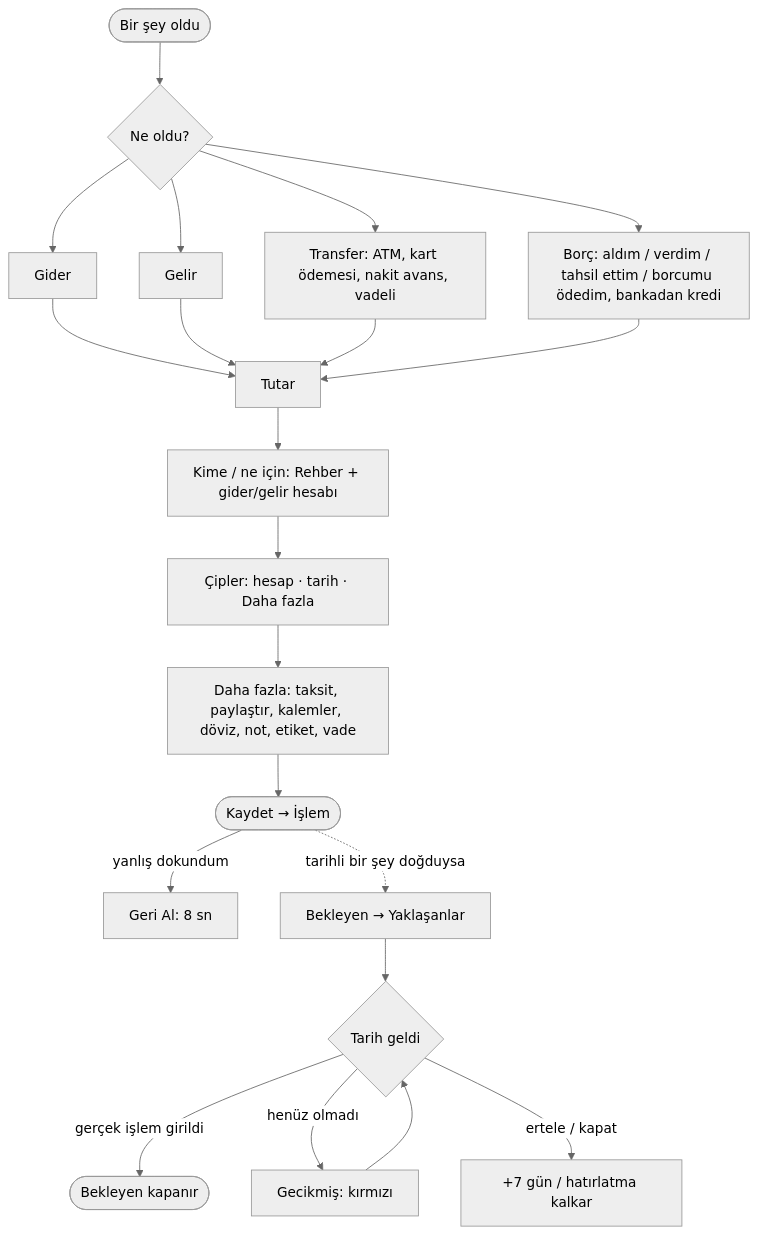
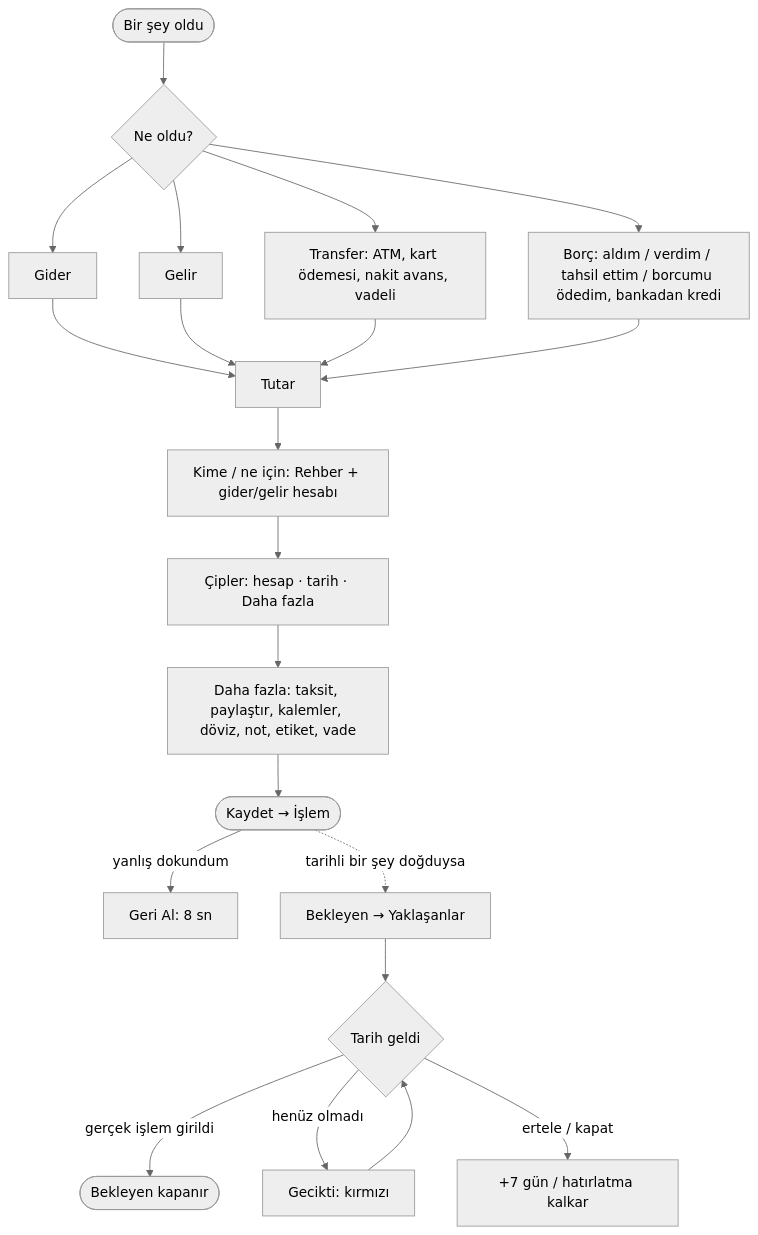
One commit to akderelianil/aa-finance changed the diagram in docs/ux/harita.md. Above: the diagram before and after it, drawn with Mermaid (neutral theme). The commit also changed other lines of this file and 7 other files, not shown here.

````diff
--- a/docs/ux/harita.md
+++ b/docs/ux/harita.md
@@ -31,20 +31,20 @@
 ```mermaid
 flowchart TD
   O([Bir şey oldu]) --> N{Ne oldu?}
   N --> I1[Gider]
   N --> I2[Gelir]
   N --> I3[Transfer: ATM, kart ödemesi, nakit avans, vadeli]
   N --> I4[Borç: aldım / verdim / tahsil ettim / borcumu ödedim, bankadan kredi]
   I1 & I2 & I3 & I4 --> T[Tutar]
   T --> K[Kime / ne için: Rehber + gider/gelir hesabı]
   K --> Y[Çipler: hesap · tarih · Daha fazla]
   Y --> S[Daha fazla: taksit, paylaştır, kalemler, döviz, not, etiket, vade]
   S --> H([Kaydet → İşlem])
   H -- yanlış dokundum --> GA[Geri Al: 8 sn]
   H -. tarihli bir şey doğduysa .-> P[Bekleyen → Yaklaşanlar]
   P --> D{Tarih geldi}
   D -- gerçek işlem girildi --> PK([Bekleyen kapanır])
-  D -- henüz olmadı --> PG[Gecikmiş: kırmızı]
+  D -- henüz olmadı --> PG[Gecikti: kırmızı]
   D -- ertele / kapat --> PE[+7 gün / hatırlatma kalkar]
   PG --> D
 ```
````
